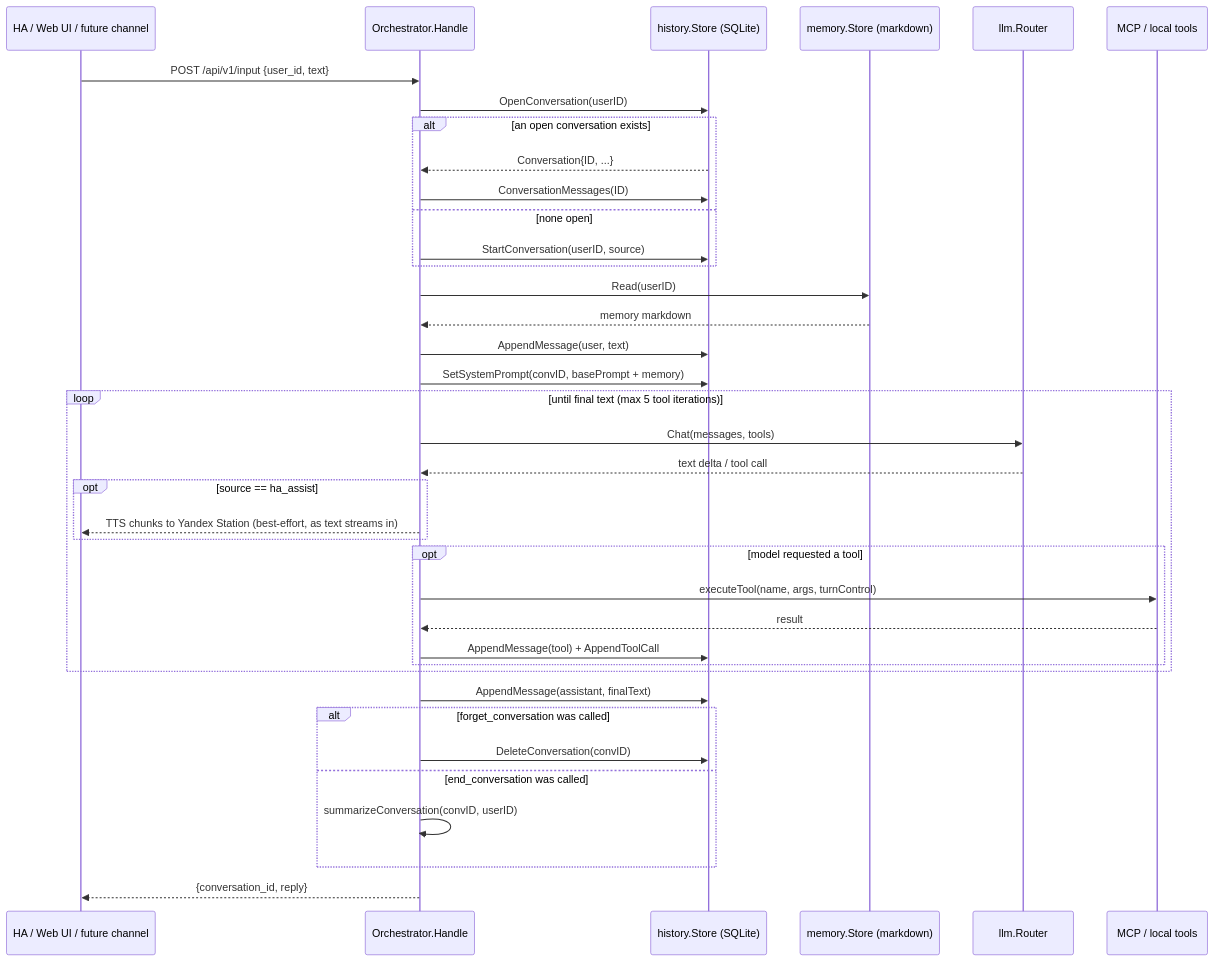
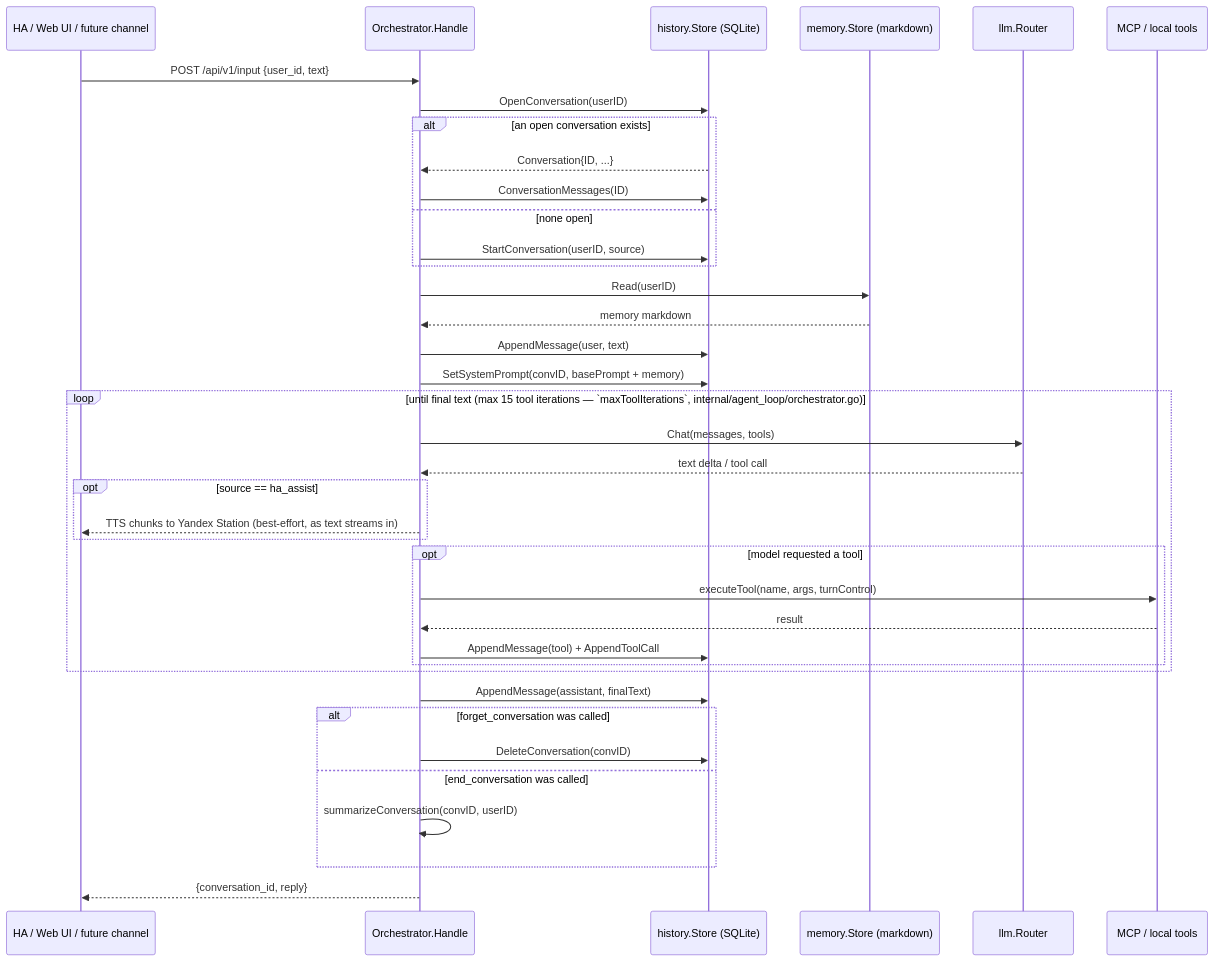
Before and after one commit to archer-developer/miranda: the first of 3 diagrams in CLAUDE.md, drawn with Mermaid. The commit also changed other lines of this file and 7 other files, not shown here.

````diff
--- a/CLAUDE.md
+++ b/CLAUDE.md
@@ -57,41 +57,41 @@
 ```mermaid
 sequenceDiagram
     participant Caller as HA / Web UI / future channel
     participant O as Orchestrator.Handle
     participant H as history.Store (SQLite)
     participant M as memory.Store (markdown)
     participant R as llm.Router
     participant T as MCP / local tools
 
     Caller->>O: POST /api/v1/input {user_id, text}
     O->>H: OpenConversation(userID)
     alt an open conversation exists
         H-->>O: Conversation{ID, ...}
         O->>H: ConversationMessages(ID)
     else none open
         O->>H: StartConversation(userID, source)
     end
     O->>M: Read(userID)
     M-->>O: memory markdown
     O->>H: AppendMessage(user, text)
     O->>H: SetSystemPrompt(convID, basePrompt + memory)
-    loop until final text (max 5 tool iterations)
+    loop until final text (max 15 tool iterations — `maxToolIterations`, internal/agent_loop/orchestrator.go)
         O->>R: Chat(messages, tools)
         R-->>O: text delta / tool call
         opt source == ha_assist
             O-->>Caller: TTS chunks to Yandex Station (best-effort, as text streams in)
         end
         opt model requested a tool
             O->>T: executeTool(name, args, turnControl)
             T-->>O: result
             O->>H: AppendMessage(tool) + AppendToolCall
         end
     end
     O->>H: AppendMessage(assistant, finalText)
     alt forget_conversation was called
         O->>H: DeleteConversation(convID)
     else end_conversation was called
         O->>O: summarizeConversation(convID, userID)
     end
     O-->>Caller: {conversation_id, reply}
 ```
````
